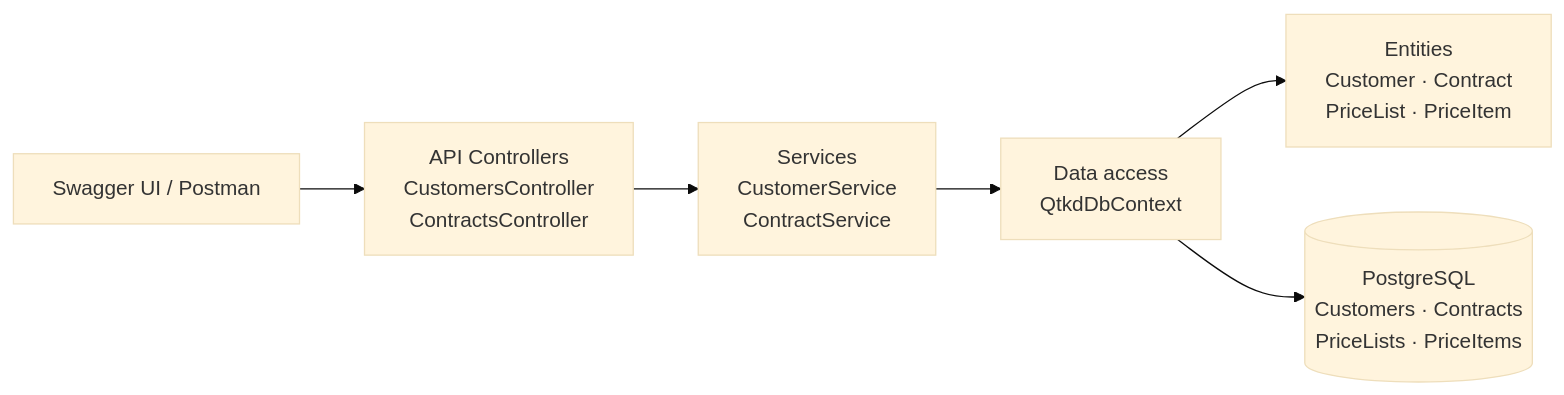
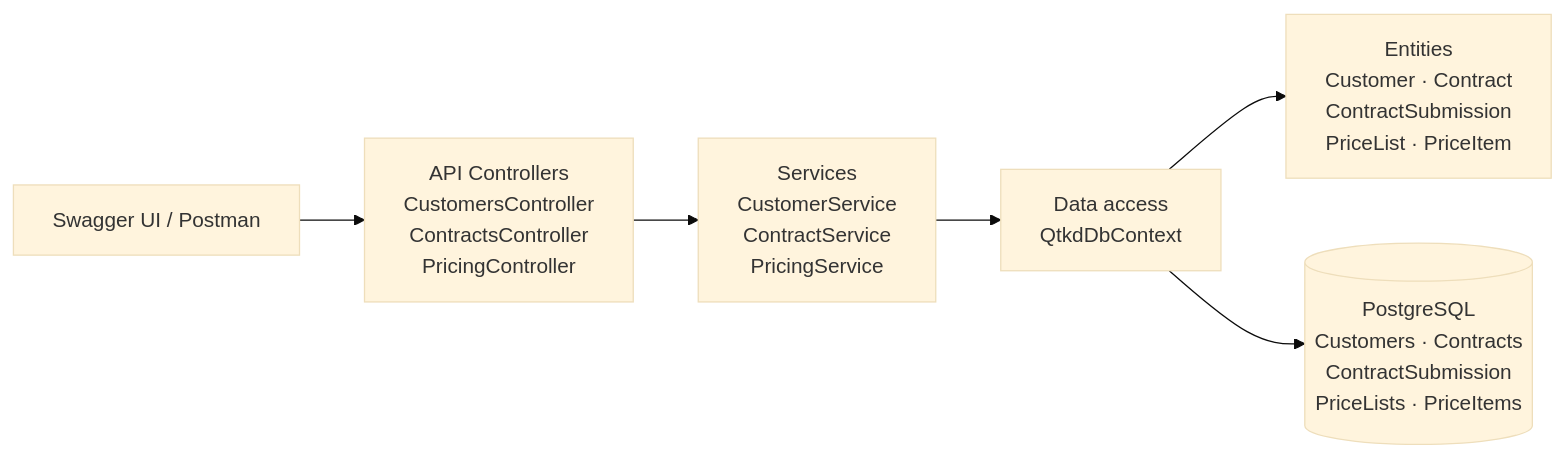
Before and after one commit to NguyenHoLe/QTKD-Phase2: the diagram in docs/architecture.md, drawn with Mermaid (base theme). The commit also changed other lines of this file and 31 other files, not shown here.

Commit message:
week 6: implement APIs and contract submission

````diff
--- a/docs/architecture.md
+++ b/docs/architecture.md
@@ -3,8 +3,8 @@
 ```mermaid
 flowchart LR
-    Client["Swagger UI / Postman"] --> Controllers["API Controllers<br/>CustomersController<br/>ContractsController"]
-    Controllers --> Services["Services<br/>CustomerService<br/>ContractService"]
+    Client["Swagger UI / Postman"] --> Controllers["API Controllers<br/>CustomersController<br/>ContractsController<br/>PricingController"]
+    Controllers --> Services["Services<br/>CustomerService<br/>ContractService<br/>PricingService"]
     Services --> DbContext["Data access<br/>QtkdDbContext"]
-    DbContext --> Models["Entities<br/>Customer · Contract<br/>PriceList · PriceItem"]
-    DbContext --> Database[("PostgreSQL<br/>Customers · Contracts<br/>PriceLists · PriceItems")]
+    DbContext --> Models["Entities<br/>Customer · Contract<br/>ContractSubmission<br/>PriceList · PriceItem"]
+    DbContext --> Database[("PostgreSQL<br/>Customers · Contracts<br/>ContractSubmission<br/>PriceLists · PriceItems")]
 ```
````
